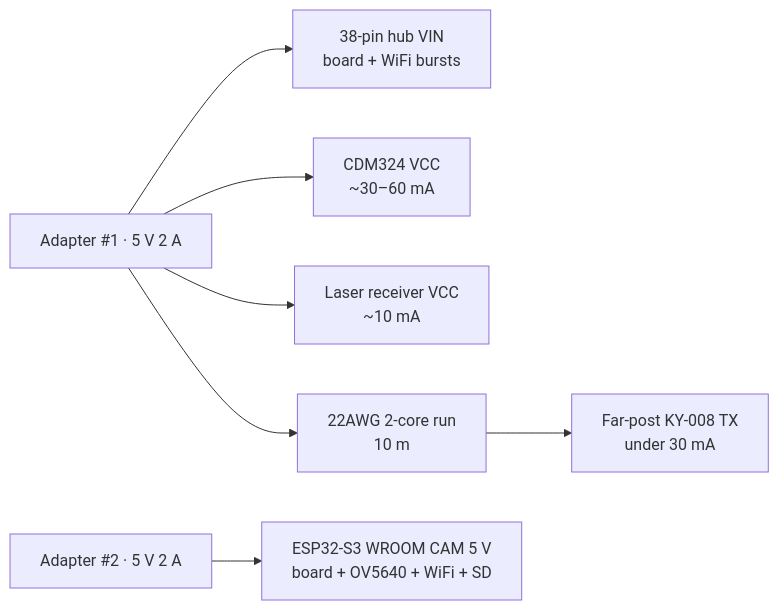
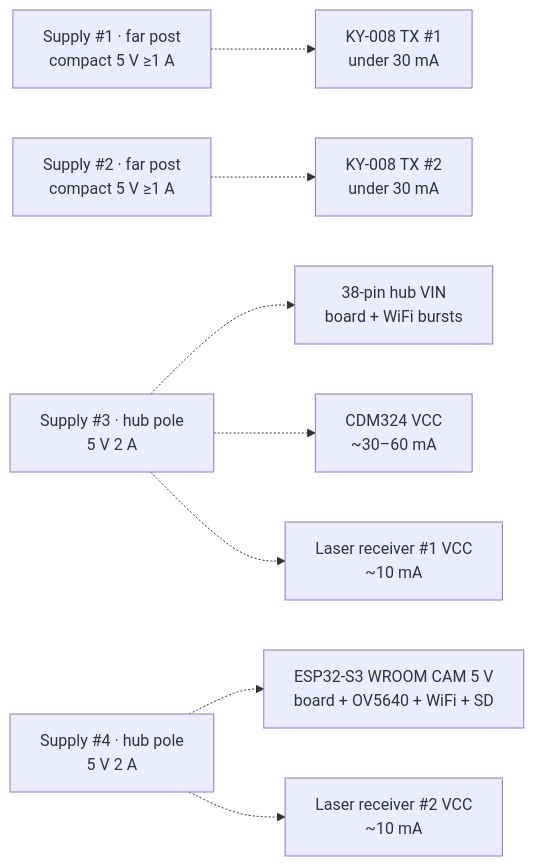
One commit to qppd/safeway changed the second of 2 diagrams in docs/BLOCK-DIAGRAM.md. Above: the diagram before and after it, drawn with Mermaid. The commit also changed other lines of this file and 11 other files, not shown here.

First line of the commit message:
Split power: 4 supplies, dual far-post beams, CAM self-trigger

````diff
--- a/docs/BLOCK-DIAGRAM.md
+++ b/docs/BLOCK-DIAGRAM.md
@@ -59,8 +64,10 @@
 ```mermaid
 flowchart LR
-    A1["Adapter #1 · 5 V 2 A"] --> HUBV["38-pin hub VIN<br/>board + WiFi bursts"]
-    A1 --> RRV["CDM324 VCC<br/>~30–60 mA"]
-    A1 --> LRV["Laser receiver VCC<br/>~10 mA"]
-    A1 --> WIRE["22AWG 2-core run<br/>10 m"] --> TXV["Far-post KY-008 TX<br/>under 30 mA"]
-    A2["Adapter #2 · 5 V 2 A"] --> CAMV["ESP32-S3 WROOM CAM 5 V<br/>board + OV5640 + WiFi + SD"]
+    S1["Supply #1 · far post<br/>compact 5 V ≥1 A"] -.-> TX1V["KY-008 TX #1<br/>under 30 mA"]
+    S2["Supply #2 · far post<br/>compact 5 V ≥1 A"] -.-> TX2V["KY-008 TX #2<br/>under 30 mA"]
+    S3["Supply #3 · hub pole<br/>5 V 2 A"] -.-> HUBV["38-pin hub VIN<br/>board + WiFi bursts"]
+    S3 -.-> RRV["CDM324 VCC<br/>~30–60 mA"]
+    S3 -.-> LRV["Laser receiver #1 VCC<br/>~10 mA"]
+    S4["Supply #4 · hub pole<br/>5 V 2 A"] -.-> CAMV["ESP32-S3 WROOM CAM 5 V<br/>board + OV5640 + WiFi + SD"]
+    S4 -.-> LRV2["Laser receiver #2 VCC<br/>~10 mA"]
 ```
````
